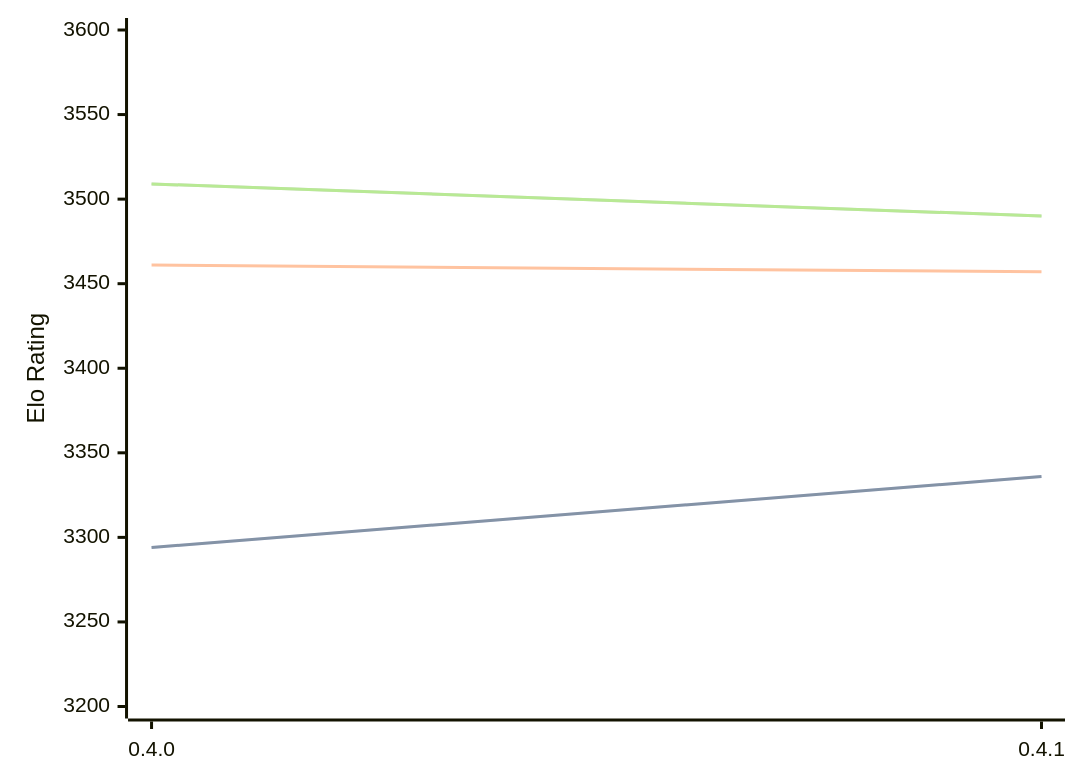
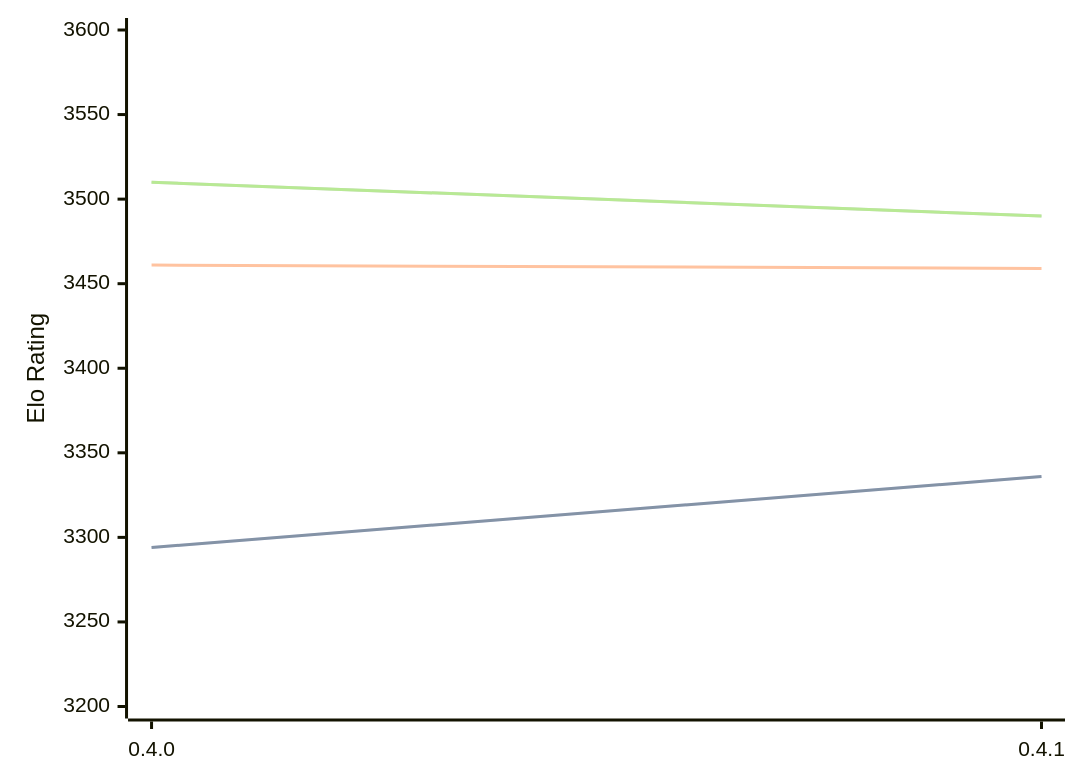
One commit to computer-chess-index/cci changed the first of 3 diagrams in engines/Cinder.md. Above: the diagram before and after it, drawn with Mermaid. The commit also changed other lines of this file, not shown here.

Commit message:
Update CCI Ratings (ELO VLTC) - 2026-06-15

````diff
--- a/engines/Cinder.md
+++ b/engines/Cinder.md
@@ -40,11 +40,11 @@
 ```mermaid
 %%{init: {"theme":"base","themeVariables":{"seriesColors:['#a3a3a3','#222221','#faa371']}}}%%
 xychart-beta
   x-axis ["0.4.0", "0.4.1"]
   y-axis "Elo Rating" 3200 --> 3600
   line "STC (8.0+0.08s)" [3294, 3336]
   line "STC (8.0+0.08s)" [3294, 3336]
-  line "LTC (60.0+0.60s)" [3461, 3457]
-  line "VLTC (2m24s+1.12s)" [3509, 3490]
-  line "VLTC (2m24s+1.12s)" [3509, 3490]
+  line "LTC (60.0+0.60s)" [3461, 3459]
+  line "VLTC (2m24s+1.12s)" [3510, 3490]
+  line "VLTC (2m24s+1.12s)" [3510, 3490]
 ```
````
